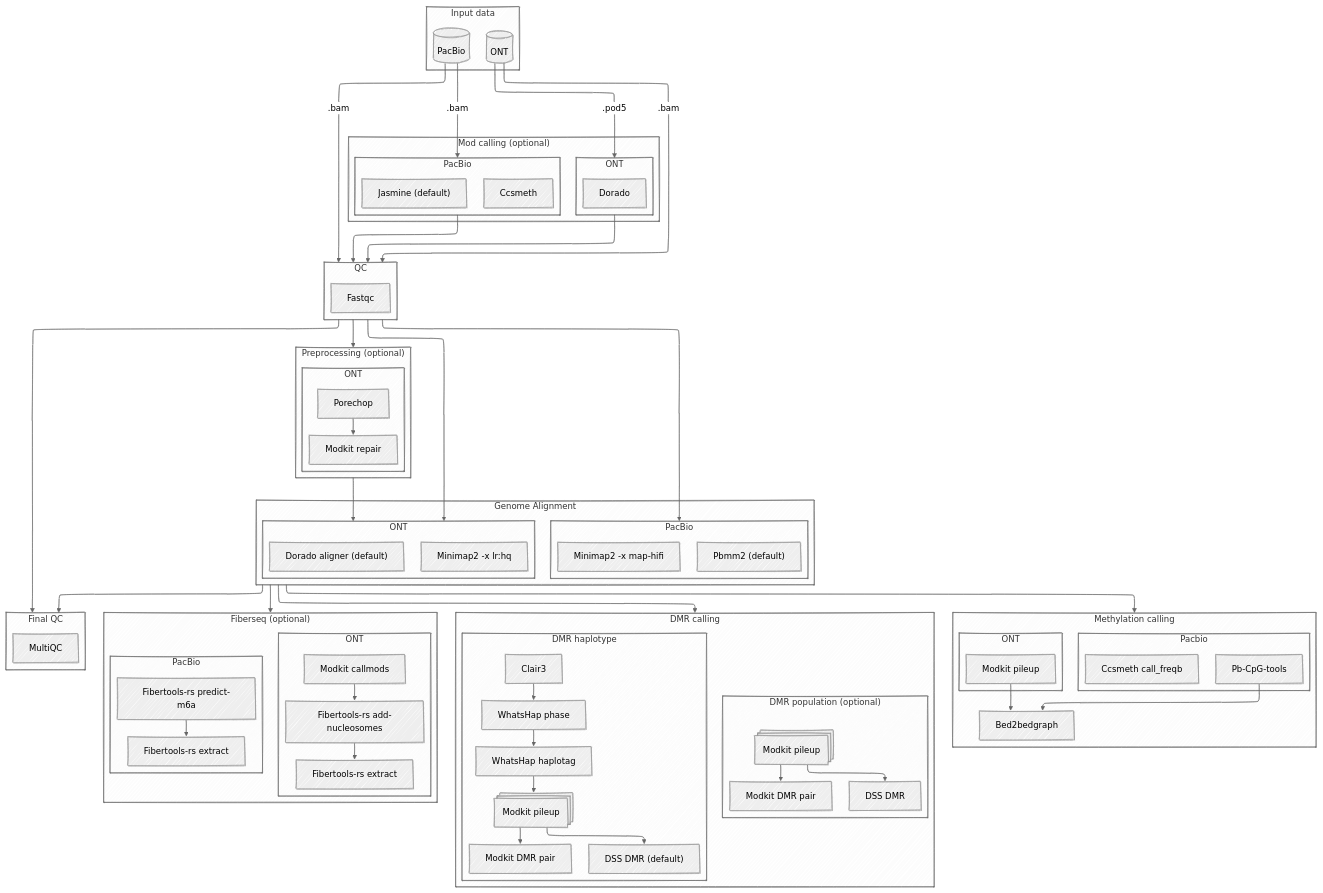
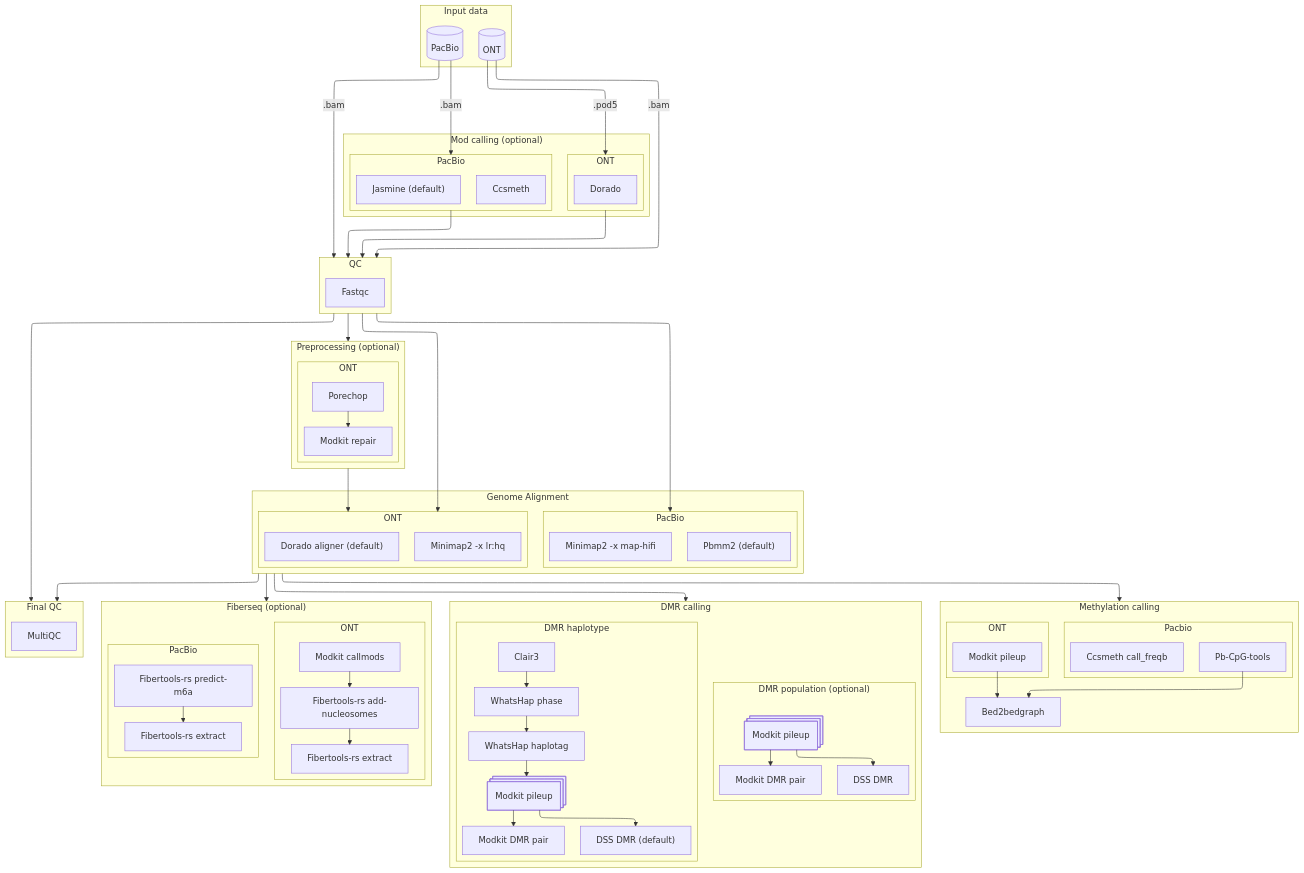
Before and after one commit to YiJin-Xiong/methylong: the diagram in docs/usage.md, drawn with Mermaid.

Commit message:
Update Mermaid diagram theme and look settings

````diff
--- a/docs/usage.md
+++ b/docs/usage.md
@@ -11,9 +11,9 @@
 ```mermaid
 ---
 config:
-  theme: neutral
+  theme: mc
   layout: elk
-  look: handDrawn
+  look: classic
 ---
 flowchart TD
  subgraph Stage1["Input data"]
````
